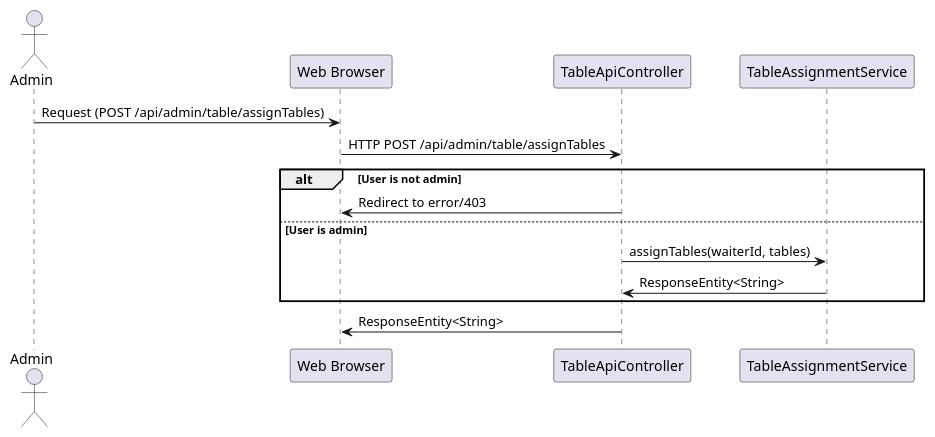
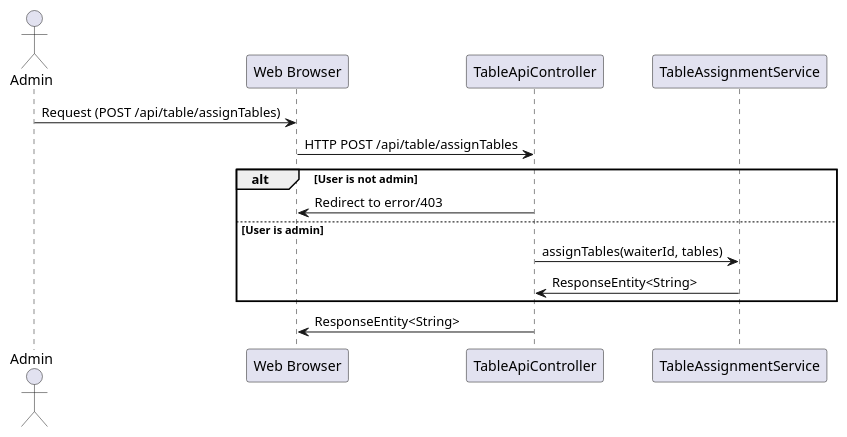
Before and after one commit to pheninux2/gestork: the diagram in uml/table/TableApiController.puml, drawn with PlantUML. The commit also changed 74 other files, not shown here.

```diff
--- a/uml/table/TableApiController.puml
+++ b/uml/table/TableApiController.puml
@@ -1,16 +1,16 @@
 @startuml
 actor Admin
 participant "Web Browser" as Browser
 participant "TableApiController" as Controller
 participant "TableAssignmentService" as TableAssignmentService
 
-Admin -> Browser: Request (POST /api/admin/table/assignTables)
-Browser -> Controller: HTTP POST /api/admin/table/assignTables
+Admin -> Browser: Request (POST /api/table/assignTables)
+Browser -> Controller: HTTP POST /api/table/assignTables
 alt User is not admin
     Controller -> Browser: Redirect to error/403
 else User is admin
     Controller -> TableAssignmentService: assignTables(waiterId, tables)
     TableAssignmentService -> Controller: ResponseEntity<String>
 end
 Controller -> Browser: ResponseEntity<String>
 @enduml
```
